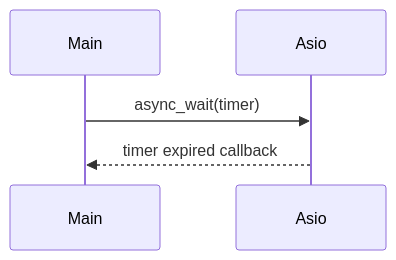
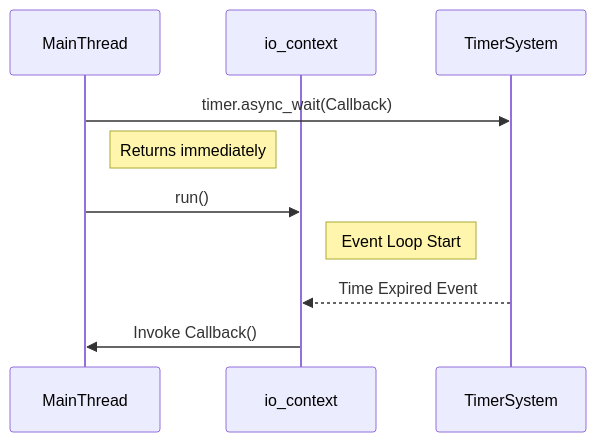
The diagram in Week25/README.md (pargame/Cpp_Study), drawn with Mermaid before and after one commit. The commit also changed other lines of this file and 31 other files, not shown here.

````diff
--- a/Week25/README.md
+++ b/Week25/README.md
@@ -60,7 +69,12 @@
 ```mermaid
 sequenceDiagram
-    participant Main
-    participant Asio
-    Main->>Asio: async_wait(timer)
-    Asio-->>Main: timer expired callback
+    participant MainThread
+    participant io_context
+    participant TimerSystem
+    MainThread->>TimerSystem: timer.async_wait(Callback)
+    Note right of MainThread: Returns immediately
+    MainThread->>io_context: run()
+    Note right of io_context: Event Loop Start
+    TimerSystem-->>io_context: Time Expired Event
+    io_context->>MainThread: Invoke Callback()
 ```
````
